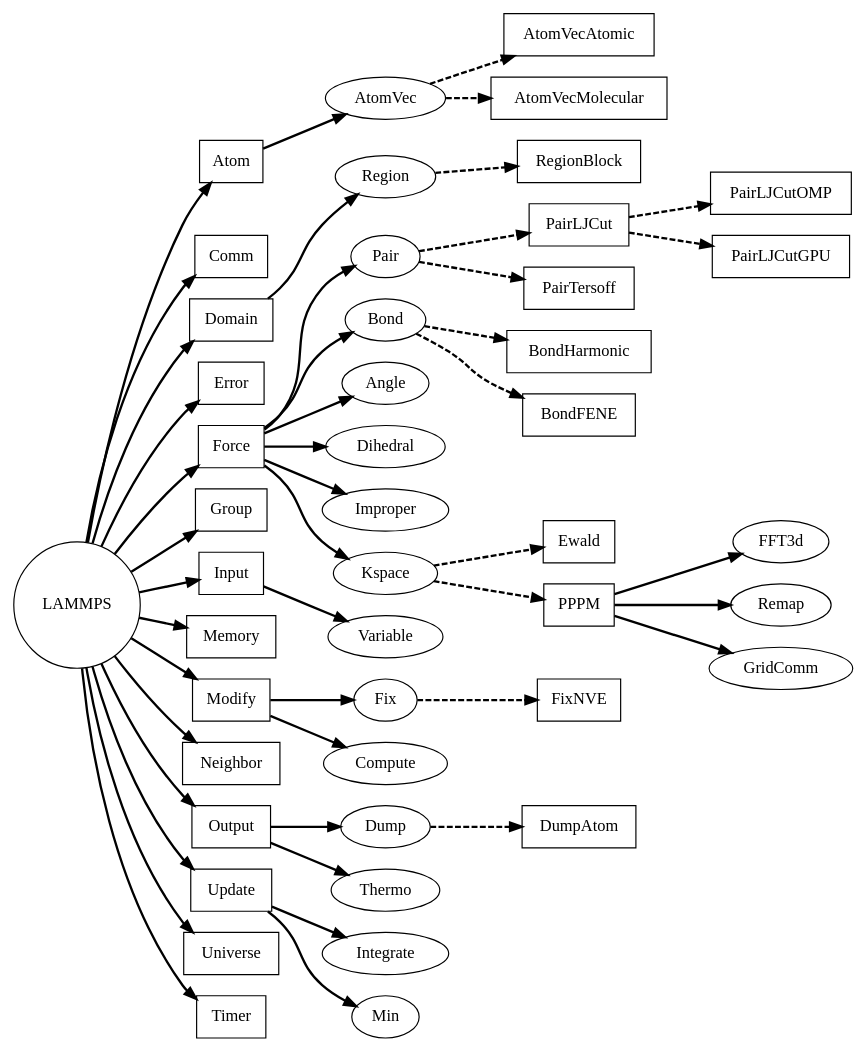
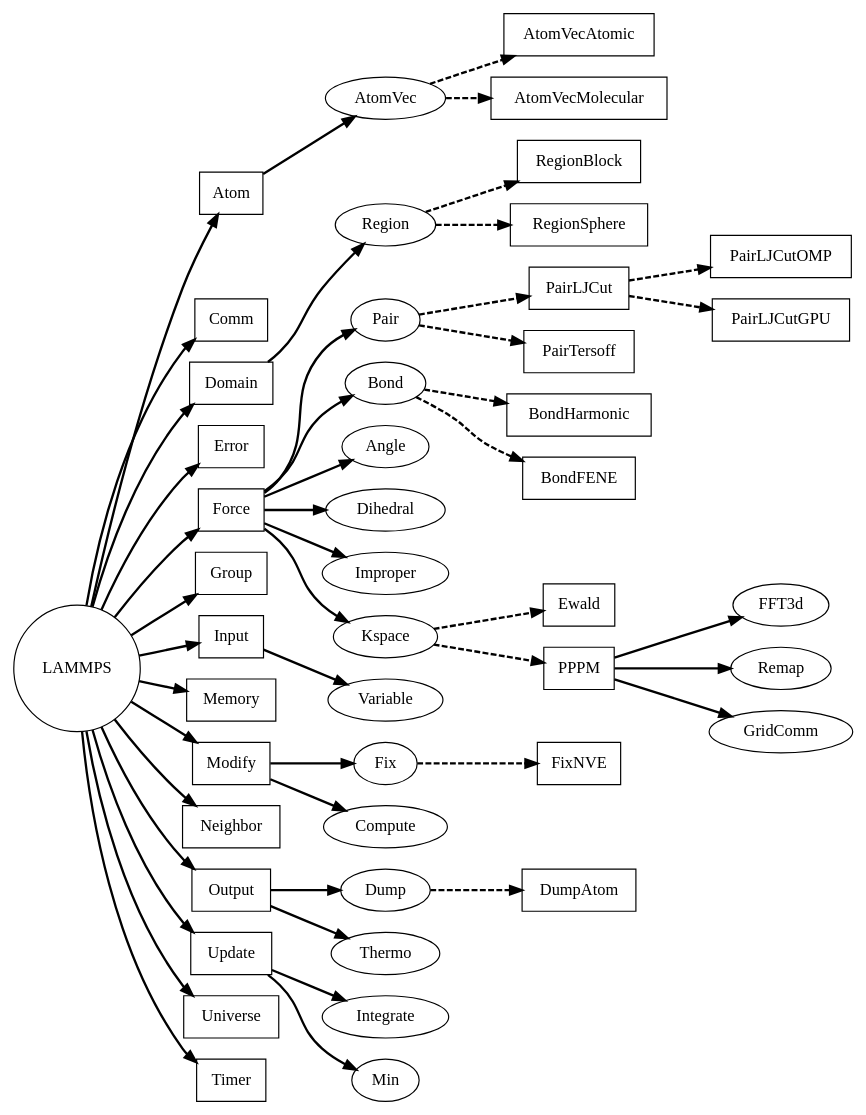
Before and after one commit to lammps/lammps: the diagram in doc/graphviz/lammps-classes.dot, drawn with Graphviz. The commit also changed 1 other file, not shown here.

Commit message:
add one more derived region class

```diff
--- a/doc/graphviz/lammps-classes.dot
+++ b/doc/graphviz/lammps-classes.dot
@@ -1,68 +1,69 @@
 
 // LAMMPS Base Class tree
 digraph lammps {
     rankdir="LR"
     La [shape=circle label="LAMMPS"]
     At [shape=box label="Atom"]
     Co [shape=box label="Comm"]
     Do [shape=box label="Domain"]
     Er [shape=box label="Error"]
     Fo [shape=box label="Force"]
     Gr [shape=box label="Group"]
     In [shape=box label="Input"]
     Me [shape=box label="Memory"]
     Mo [shape=box label="Modify"]
     Ne [shape=box label="Neighbor"]
     Ou [shape=box label="Output"]
     Up [shape=box label="Update"]
     Un [shape=box label="Universe"]
     Ti [shape=box label="Timer"]
     Rg [label="Region"]
     Rb [shape=box label="RegionBlock"]
+    Rs [shape=box label="RegionSphere"]
     Av [label="AtomVec"]
     It [label="Integrate"]
     Mi [label="Min"]
     Pa [label="Pair"]
     Bo [label="Bond"]
     An [label="Angle"]
     Di [label="Dihedral"]
     Im [label="Improper"]
     Ks [label="Kspace"]
     Du [label="Dump"]
     Fi [label="Fix"]
     Cp [label="Compute"]
     Th [label="Thermo"]
     Va [label="Variable"]
     Ew [shape=box label="Ewald"]
     Pp [shape=box label="PPPM"]
     Ff [label="FFT3d"]
     Re [label="Remap"]
     Gc [label="GridComm"]
     Aa [shape=box label="AtomVecAtomic"]
     Am [shape=box label="AtomVecMolecular"]
     Lj [shape=box label="PairLJCut"]
     Lo [shape=box label="PairLJCutOMP"]
     Lg [shape=box label="PairLJCutGPU"]
     Te [shape=box label="PairTersoff"]
     Bh [shape=box label="BondHarmonic"]
     Bf [shape=box label="BondFENE"]
     Fn [shape=box label="FixNVE"]
     Da [shape=box label="DumpAtom"]
     La -> {At Co Do Er Fo Gr In Me Mo Ne Ou Ti Up Un} [penwidth=2]
     Do -> {Rg} [penwidth=2]
-    Rg -> Rb [style=dashed penwidth=2]
+    Rg -> {Rb Rs} [style=dashed penwidth=2]
     In -> Va [penwidth=2]
     Mo -> {Fi Cp} [penwidth=2]
     Fo -> {Pa Bo An Di Im Ks} [penwidth=2]
     Ks -> {Ew Pp} [style=dashed penwidth=2]
     Pp -> {Ff Re Gc} [penwidth=2]
     Up -> {It Mi} [penwidth=2]
     Ou -> {Du Th} [penwidth=2]
     Du -> {Da} [style=dashed penwidth=2]
     At -> Av [penwidth=2]
     Av -> {Aa Am} [style=dashed penwidth=2]
     Pa -> {Lj Te} [style=dashed penwidth=2]
     Lj -> {Lo Lg} [style=dashed penwidth=2]
     Bo -> {Bh Bf} [style=dashed penwidth=2]
     Fi -> {Fn} [style=dashed penwidth=2]
 }
```
